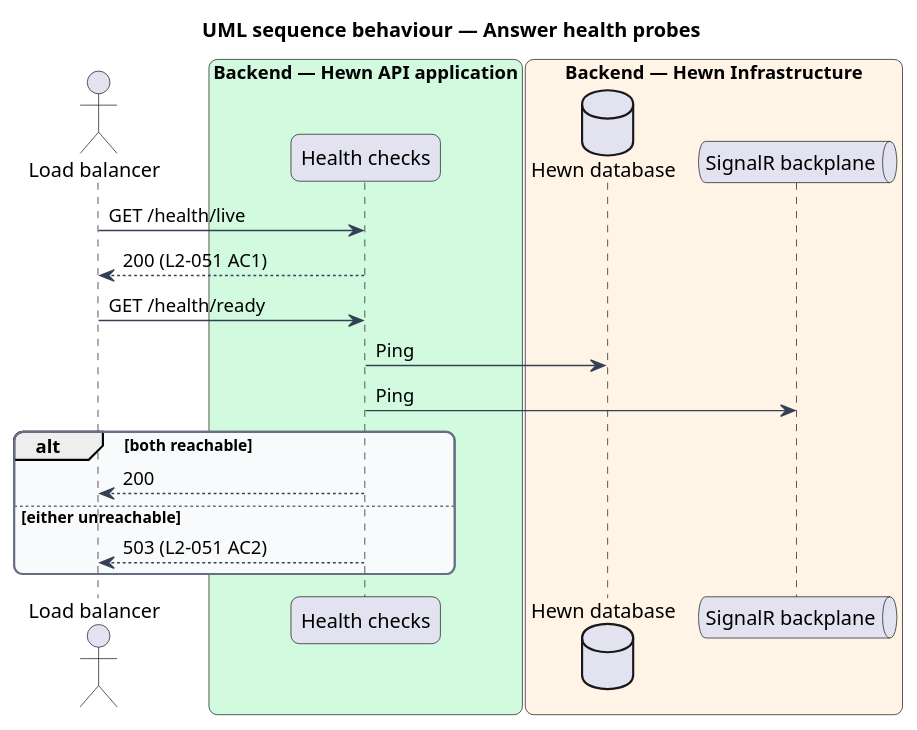
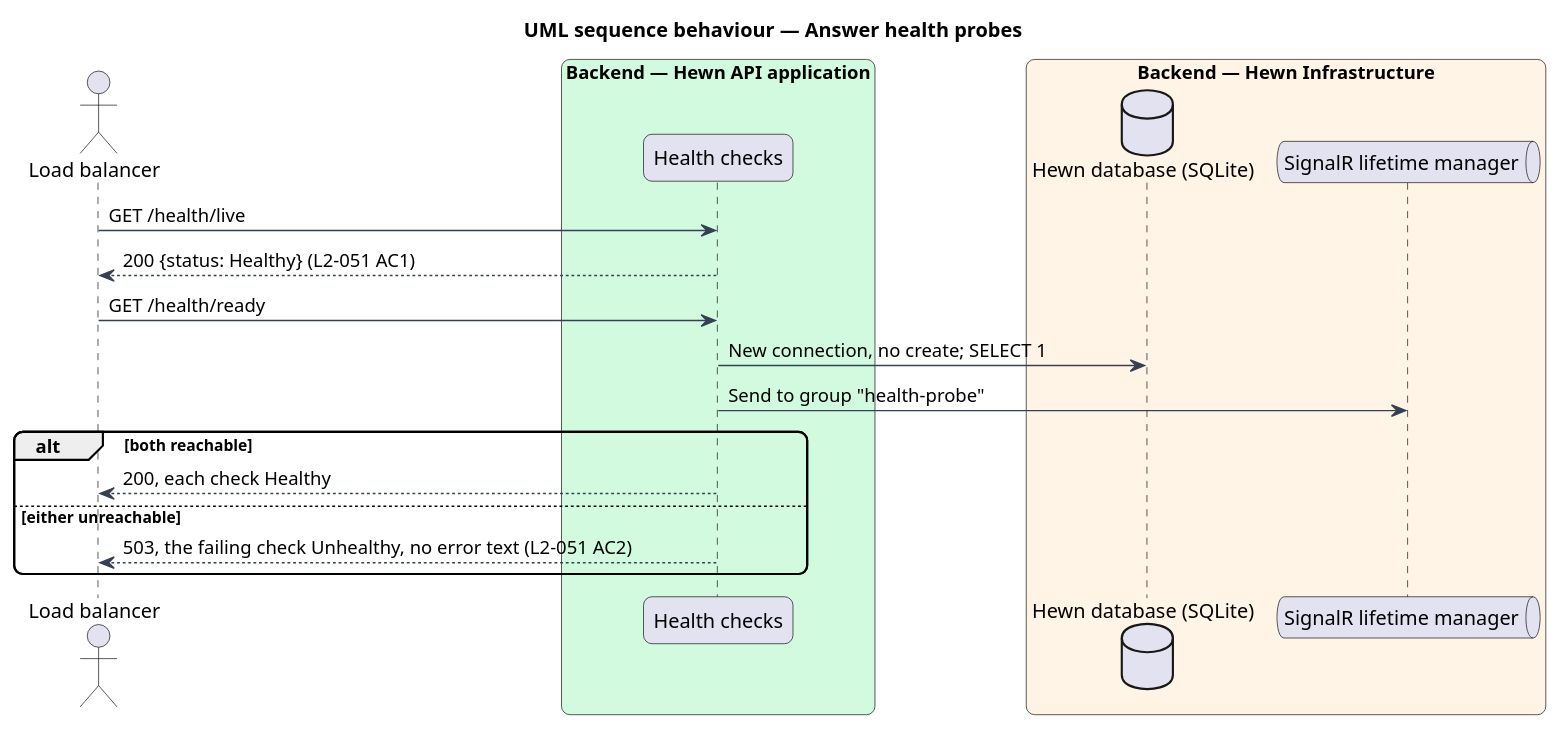
Before and after one commit to QuinntyneBrown/hewn: the diagram in docs/detailed-designs/operations/observability-and-health/diagrams/sequence-health.puml, drawn with PlantUML. The commit also changed 71 other files, not shown here.

```diff
--- a/docs/detailed-designs/operations/observability-and-health/diagrams/sequence-health.puml
+++ b/docs/detailed-designs/operations/observability-and-health/diagrams/sequence-health.puml
@@ -1,36 +1,27 @@
 @startuml
 title UML sequence behaviour — Answer health probes
 skinparam backgroundColor #FFFFFF
 skinparam shadowing false
 skinparam roundcorner 12
 skinparam defaultFontName Arial
 skinparam ArrowColor #344054
-skinparam rectangle {
-  BorderColor #344054
-  FontColor #101828
-}
-skinparam package {
-  BorderColor #667085
-  FontColor #101828
-  BackgroundColor #F9FAFB
-}
 skinparam sequenceMessageAlign left
 actor "Load balancer" as lb
 box "Backend — Hewn API application" #D1FADF
   participant "Health checks" as health
 end box
 box "Backend — Hewn Infrastructure" #FFF4E5
-  database "Hewn database" as db
-  queue "SignalR backplane" as bp
+  database "Hewn database (SQLite)" as db
+  queue "SignalR lifetime manager" as bp
 end box
 lb -> health : GET /health/live
-health --> lb : 200 (L2-051 AC1)
+health --> lb : 200 {status: Healthy} (L2-051 AC1)
 lb -> health : GET /health/ready
-health -> db : Ping
-health -> bp : Ping
+health -> db : New connection, no create; SELECT 1
+health -> bp : Send to group "health-probe"
 alt both reachable
-  health --> lb : 200
+  health --> lb : 200, each check Healthy
 else either unreachable
-  health --> lb : 503 (L2-051 AC2)
+  health --> lb : 503, the failing check Unhealthy, no error text (L2-051 AC2)
 end
 @enduml
```
